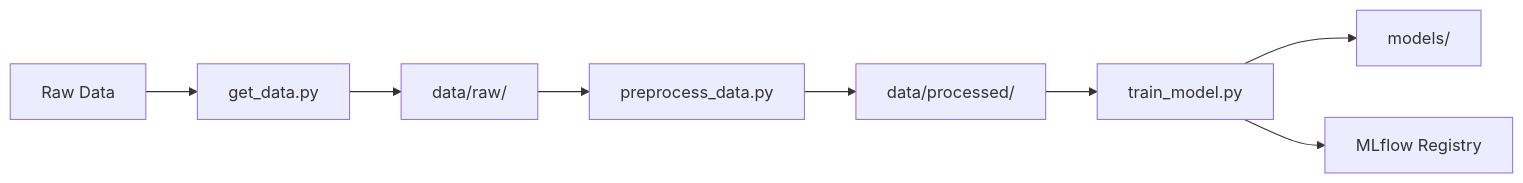
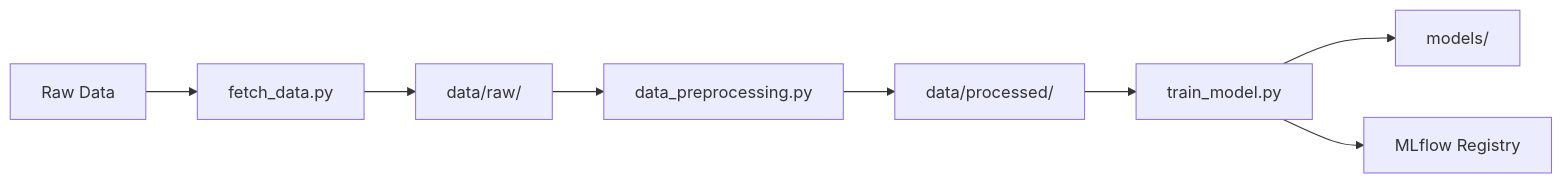
The diagram in README.md (2023ac05596-gowtham/mlops_assignment1_california_housing), drawn with Mermaid before and after one commit. The commit also changed other lines of this file and 15 other files, not shown here.

````diff
--- a/README.md
+++ b/README.md
@@ -145,10 +163,10 @@
 ```mermaid
 graph LR
-    A[Raw Data] --> B[get_data.py]
+    A[Raw Data] --> B[fetch_data.py]
     B --> C[data/raw/]
-    C --> D[preprocess_data.py]
+    C --> D[data_preprocessing.py]
     D --> E[data/processed/]
     E --> F[train_model.py]
     F --> G[models/]
     F --> H[MLflow Registry]
 ```
````
